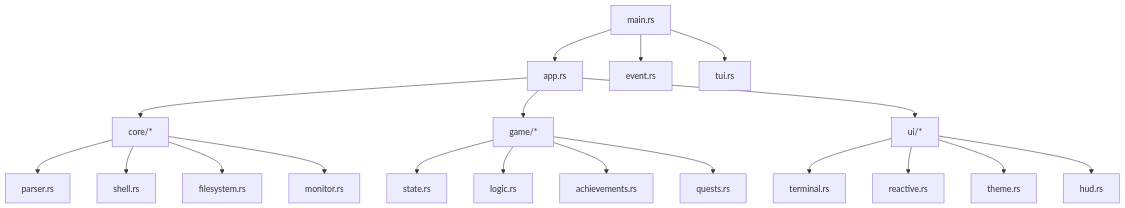
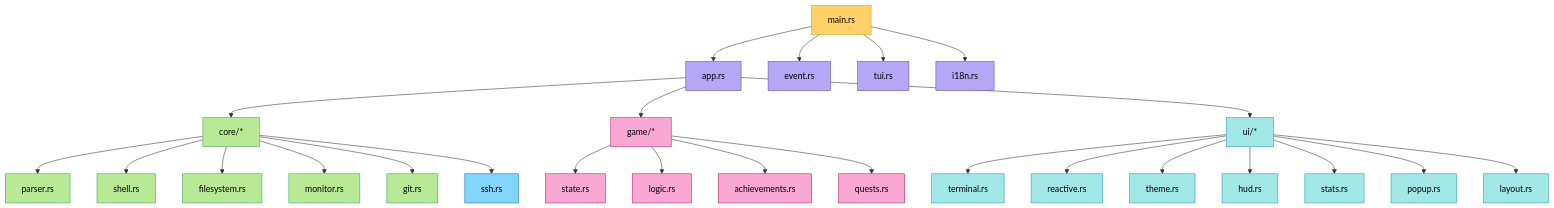
The first of 3 diagrams in docs/en/api/core-modules.md (Munique-Feitoza/Munux-Reactive-Workspace), drawn with Mermaid before and after one commit. The commit also changed other lines of this file and 9 other files, not shown here.

First line of the commit message:
docs: documenta SSH e adiciona diagramas UML coloridos

````diff
--- a/docs/en/api/core-modules.md
+++ b/docs/en/api/core-modules.md
@@ -14,25 +14,38 @@
 ```mermaid
 graph TD
-    A[main.rs] --> B[app.rs]
-    A --> C[event.rs]
-    A --> D[tui.rs]
-    
-    B --> E[core/*]
-    B --> F[game/*]
-    B --> G[ui/*]
-    
-    E --> E1[parser.rs]
-    E --> E2[shell.rs]
-    E --> E3[filesystem.rs]
-    E --> E4[monitor.rs]
-    
-    F --> F1[state.rs]
-    F --> F2[logic.rs]
-    F --> F3[achievements.rs]
-    F --> F4[quests.rs]
-    
-    G --> G1[terminal.rs]
-    G --> G2[reactive.rs]
-    G --> G3[theme.rs]
-    G --> G4[hud.rs]
+    A[main.rs]:::entry --> B[app.rs]:::app
+    A --> C[event.rs]:::app
+    A --> D[tui.rs]:::app
+    A --> I[i18n.rs]:::app
+
+    B --> E[core/*]:::core
+    B --> F[game/*]:::game
+    B --> G[ui/*]:::ui
+
+    E --> E1[parser.rs]:::core
+    E --> E2[shell.rs]:::core
+    E --> E3[filesystem.rs]:::core
+    E --> E4[monitor.rs]:::core
+    E --> E5[git.rs]:::core
+    E --> E6[ssh.rs]:::ssh
+
+    F --> F1[state.rs]:::game
+    F --> F2[logic.rs]:::game
+    F --> F3[achievements.rs]:::game
+    F --> F4[quests.rs]:::game
+
+    G --> G1[terminal.rs]:::ui
+    G --> G2[reactive.rs]:::ui
+    G --> G3[theme.rs]:::ui
+    G --> G4[hud.rs]:::ui
+    G --> G5[stats.rs]:::ui
+    G --> G6[popup.rs]:::ui
+    G --> G7[layout.rs]:::ui
+
+    classDef entry fill:#ffd166,stroke:#d4a017,color:#000
+    classDef app fill:#b4a7f5,stroke:#6f42c1,color:#000
+    classDef core fill:#b8e994,stroke:#38a169,color:#000
+    classDef game fill:#f9a8d4,stroke:#be185d,color:#000
+    classDef ui fill:#a0e7e5,stroke:#17a2b8,color:#000
+    classDef ssh fill:#81d4fa,stroke:#0277bd,color:#000
 ```
````
